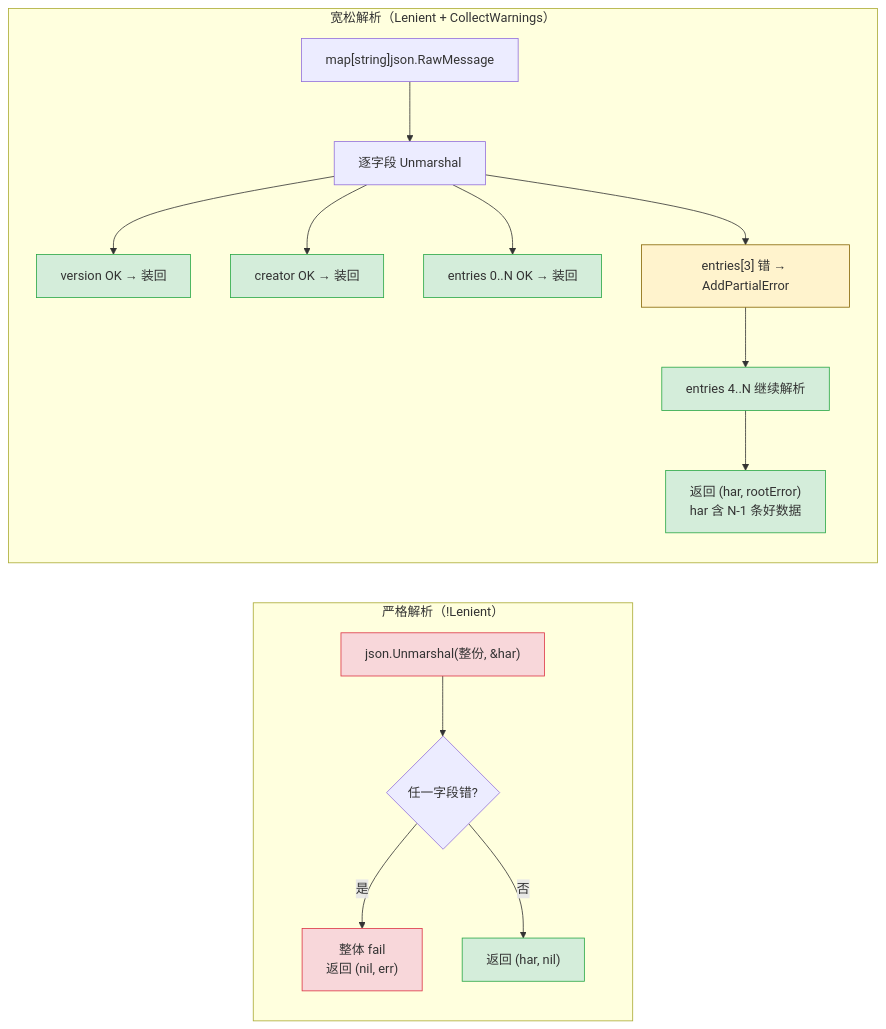
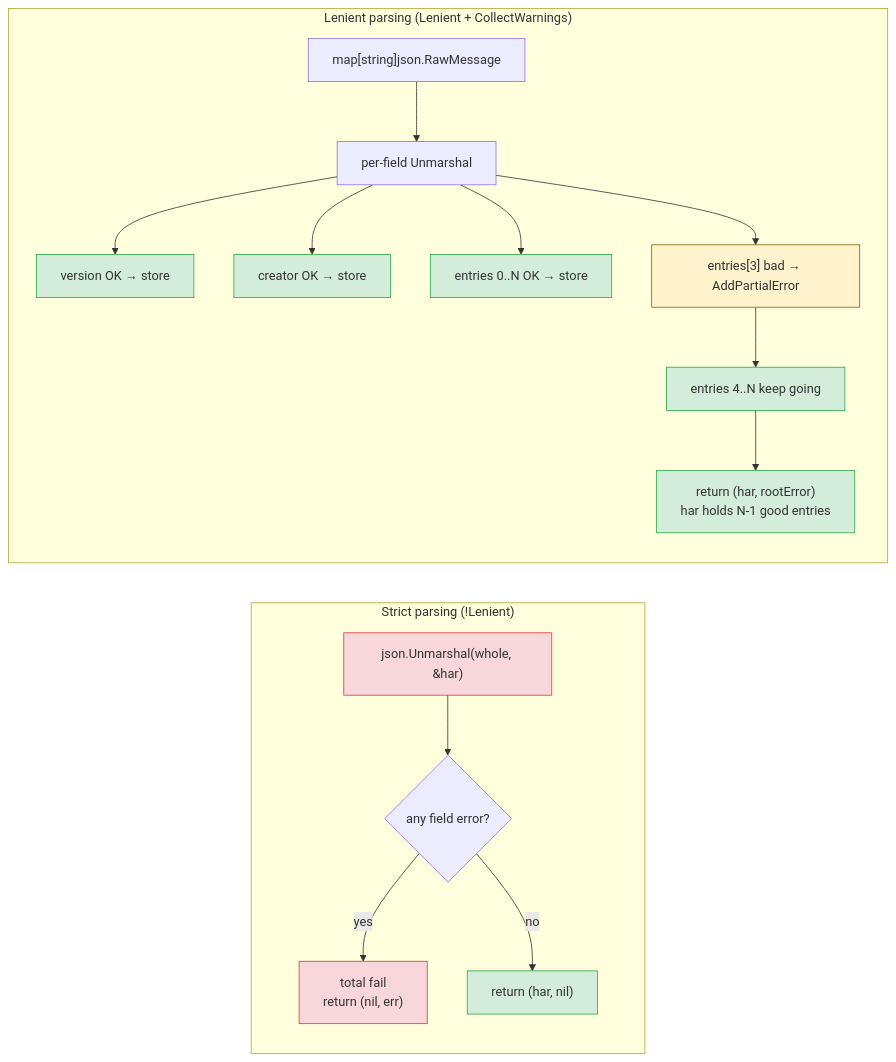
Before and after one commit to hitechcloud-vietnam/har-skills: the second of 3 diagrams in website/zh/internals/lenient-parsing.md, drawn with Mermaid. The commit also changed other lines of this file and 97 other files, not shown here.

````diff
--- a/website/zh/internals/lenient-parsing.md
+++ b/website/zh/internals/lenient-parsing.md
@@ -172,22 +172,22 @@
 ```mermaid
 graph LR
-  subgraph STRICT["严格解析（!Lenient）"]
+  subgraph STRICT["Strict parsing (!Lenient)"]
     direction TB
-    S1["json.Unmarshal(整份, &har)"]:::bad --> S2{"任一字段错?"}
-    S2 -->|"是"| S3["整体 fail<br/>返回 (nil, err)"]:::bad
-    S2 -->|"否"| S4["返回 (har, nil)"]:::ok
+    S1["json.Unmarshal(whole, &har)"]:::bad --> S2{"any field error?"}
+    S2 -->|"yes"| S3["total fail<br/>return (nil, err)"]:::bad
+    S2 -->|"no"| S4["return (har, nil)"]:::ok
   end
-  subgraph LENIENT["宽松解析（Lenient + CollectWarnings）"]
+  subgraph LENIENT["Lenient parsing (Lenient + CollectWarnings)"]
     direction TB
-    L1["map[string]json.RawMessage"] --> L2["逐字段 Unmarshal"]
-    L2 --> L3["version OK → 装回"]:::ok
-    L2 --> L4["creator OK → 装回"]:::ok
-    L2 --> L5["entries 0..N OK → 装回"]:::ok
-    L2 --> L6["entries[3] 错 → AddPartialError"]:::warn
-    L6 --> L7["entries 4..N 继续解析"]:::ok
-    L7 --> L8["返回 (har, rootError)<br/>har 含 N-1 条好数据"]:::ok
+    L1["map[string]json.RawMessage"] --> L2["per-field Unmarshal"]
+    L2 --> L3["version OK → store"]:::ok
+    L2 --> L4["creator OK → store"]:::ok
+    L2 --> L5["entries 0..N OK → store"]:::ok
+    L2 --> L6["entries[3] bad → AddPartialError"]:::warn
+    L6 --> L7["entries 4..N keep going"]:::ok
+    L7 --> L8["return (har, rootError)<br/>har holds N-1 good entries"]:::ok
   end
   classDef ok fill:#d4edda,stroke:#28a745
   classDef warn fill:#fff3cd,stroke:#856404
   classDef bad fill:#f8d7da,stroke:#dc3545
 ```
````
